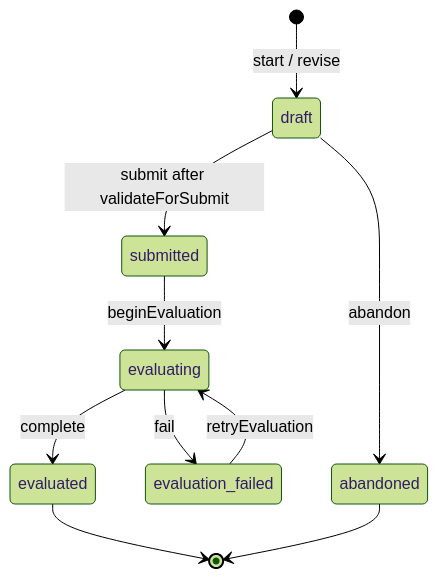
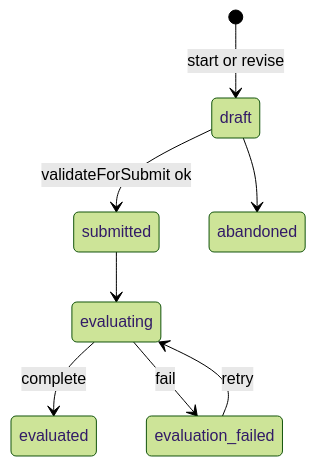
One commit to shubhangini67/spoke-lld-practice changed the fifth of 5 diagrams in README.md. Above: the diagram before and after it, drawn with Mermaid (forest theme). The commit also changed other lines of this file and 7 other files, not shown here.

````diff
--- a/README.md
+++ b/README.md
@@ -306,12 +253,10 @@
 ```mermaid
 stateDiagram-v2
-  [*] --> draft: start / revise
-  draft --> submitted: submit after validateForSubmit
-  submitted --> evaluating: beginEvaluation
+  [*] --> draft: start or revise
+  draft --> submitted: validateForSubmit ok
+  submitted --> evaluating
   evaluating --> evaluated: complete
   evaluating --> evaluation_failed: fail
-  evaluation_failed --> evaluating: retryEvaluation
-  draft --> abandoned: abandon
-  evaluated --> [*]
-  abandoned --> [*]
+  evaluation_failed --> evaluating: retry
+  draft --> abandoned
 ```
````
